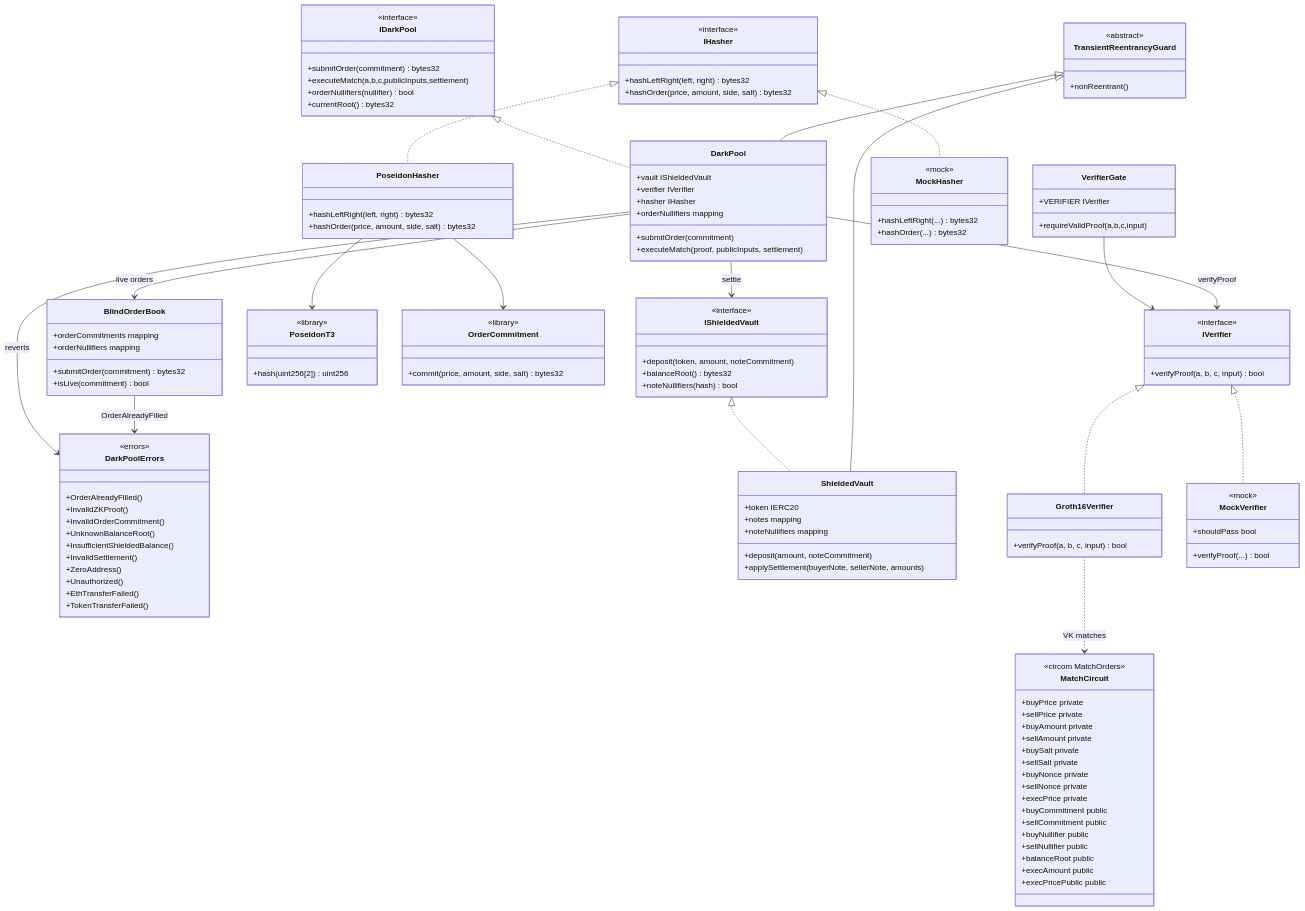
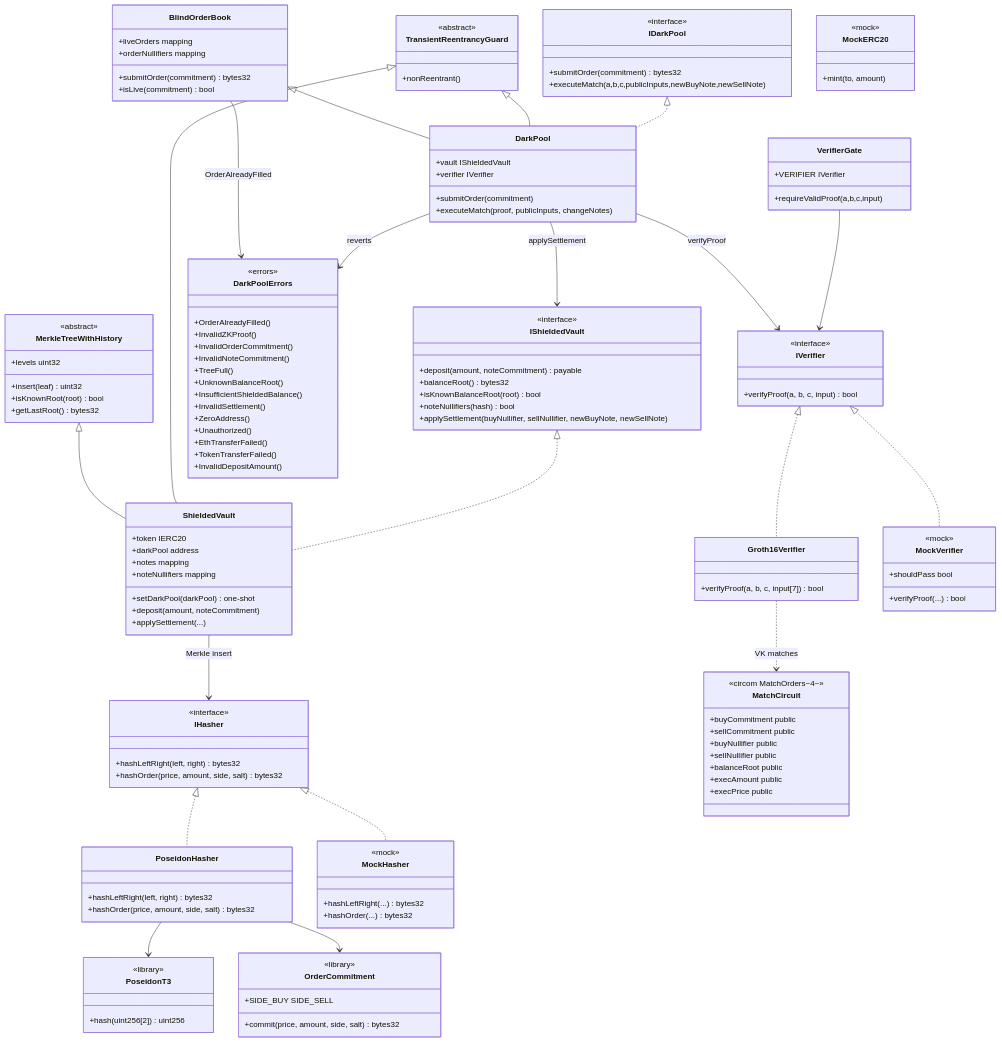
One commit to rastrahm/zk-dark-pool changed the diagram in doc/diagrama-de-clases.md. Above: the diagram before and after it, drawn with Mermaid. The commit also changed other lines of this file and 13 other files, not shown here.

```diff
--- a/doc/diagrama-de-clases.md
+++ b/doc/diagrama-de-clases.md
@@ -12,16 +12,16 @@
     class IDarkPool {
         <<interface>>
         +submitOrder(commitment) bytes32
-        +executeMatch(a,b,c,publicInputs,settlement)
-        +orderNullifiers(nullifier) bool
-        +currentRoot() bytes32
+        +executeMatch(a,b,c,publicInputs,newBuyNote,newSellNote)
     }
 
     class IShieldedVault {
         <<interface>>
-        +deposit(token, amount, noteCommitment)
+        +deposit(amount, noteCommitment) payable
         +balanceRoot() bytes32
+        +isKnownBalanceRoot(root) bool
         +noteNullifiers(hash) bool
+        +applySettlement(buyNullifier, sellNullifier, newBuyNote, newSellNote)
     }
 
     class IHasher {
@@ -40,6 +40,8 @@
         +OrderAlreadyFilled()
         +InvalidZKProof()
         +InvalidOrderCommitment()
+        +InvalidNoteCommitment()
+        +TreeFull()
         +UnknownBalanceRoot()
         +InsufficientShieldedBalance()
         +InvalidSettlement()
@@ -47,11 +49,20 @@
         +Unauthorized()
         +EthTransferFailed()
         +TokenTransferFailed()
+        +InvalidDepositAmount()
     }
 
     class TransientReentrancyGuard {
         <<abstract>>
         +nonReentrant()
+    }
+
+    class MerkleTreeWithHistory {
+        <<abstract>>
+        +levels uint32
+        +insert(leaf) uint32
+        +isKnownRoot(root) bool
+        +getLastRoot() bytes32
     }
 
     class PoseidonT3 {
@@ -62,6 +73,7 @@
     class OrderCommitment {
         <<library>>
         +commit(price, amount, side, salt) bytes32
+        +SIDE_BUY SIDE_SELL
     }
 
     class PoseidonHasher {
@@ -71,14 +83,16 @@
 
     class ShieldedVault {
         +token IERC20
+        +darkPool address
         +notes mapping
         +noteNullifiers mapping
+        +setDarkPool(darkPool) one-shot
         +deposit(amount, noteCommitment)
-        +applySettlement(buyerNote, sellerNote, amounts)
+        +applySettlement(...)
     }
 
     class BlindOrderBook {
-        +orderCommitments mapping
+        +liveOrders mapping
         +orderNullifiers mapping
         +submitOrder(commitment) bytes32
         +isLive(commitment) bool
@@ -87,14 +101,12 @@
     class DarkPool {
         +vault IShieldedVault
         +verifier IVerifier
-        +hasher IHasher
-        +orderNullifiers mapping
         +submitOrder(commitment)
-        +executeMatch(proof, publicInputs, settlement)
+        +executeMatch(proof, publicInputs, changeNotes)
     }
 
     class Groth16Verifier {
-        +verifyProof(a, b, c, input) bool
+        +verifyProof(a, b, c, input[7]) bool
     }
 
     class VerifierGate {
@@ -114,24 +126,20 @@
         +hashOrder(...) bytes32
     }
 
+    class MockERC20 {
+        <<mock>>
+        +mint(to, amount)
+    }
+
     class MatchCircuit {
-        <<circom MatchOrders>>
-        +buyPrice private
-        +sellPrice private
-        +buyAmount private
-        +sellAmount private
-        +buySalt private
-        +sellSalt private
-        +buyNonce private
-        +sellNonce private
-        +execPrice private
+        <<circom MatchOrders~4~>>
         +buyCommitment public
         +sellCommitment public
         +buyNullifier public
         +sellNullifier public
         +balanceRoot public
         +execAmount public
-        +execPricePublic public
+        +execPrice public
     }
 
     IDarkPool <|.. DarkPool
@@ -143,12 +151,14 @@
 
     TransientReentrancyGuard <|-- DarkPool
     TransientReentrancyGuard <|-- ShieldedVault
+    MerkleTreeWithHistory <|-- ShieldedVault
+    BlindOrderBook <|-- DarkPool
     PoseidonHasher --> PoseidonT3
     PoseidonHasher --> OrderCommitment
     VerifierGate --> IVerifier
     DarkPool --> IVerifier : verifyProof
-    DarkPool --> IShieldedVault : settle
-    DarkPool --> BlindOrderBook : live orders
+    DarkPool --> IShieldedVault : applySettlement
+    ShieldedVault --> IHasher : Merkle insert
     DarkPool --> DarkPoolErrors : reverts
     BlindOrderBook --> DarkPoolErrors : OrderAlreadyFilled
     Groth16Verifier ..> MatchCircuit : VK matches
```
